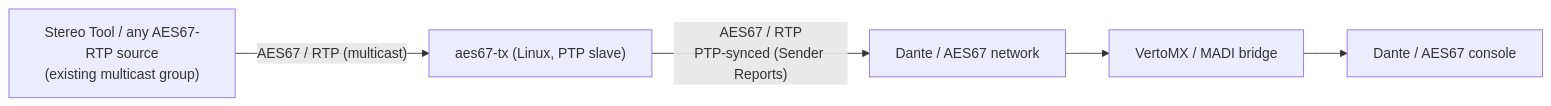
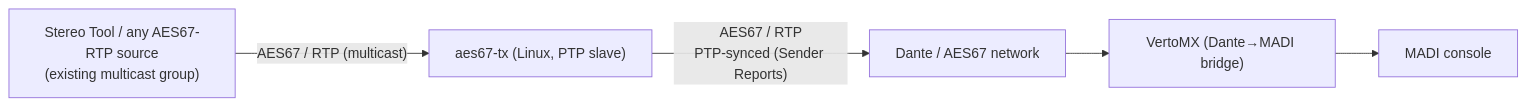
Before and after one commit to HansVanEijsden/aes67-tx: the diagram in README.md, drawn with Mermaid. The commit also changed other lines of this file, not shown here.

Commit message:
README: MADI console in diagram, add CI + license badges

````diff
--- a/README.md
+++ b/README.md
@@ -28,7 +31,7 @@
 ```mermaid
 flowchart LR
     ST["Stereo Tool / any AES67-RTP source<br/>(existing multicast group)"] -->|"AES67 / RTP (multicast)"| TX
     TX["aes67-tx (Linux, PTP slave)"] -->|"AES67 / RTP<br/>PTP-synced (Sender Reports)"| NET["Dante / AES67 network"]
-    NET --> BRIDGE["VertoMX / MADI bridge"]
-    BRIDGE --> CONSOLE["Dante / AES67 console"]
+    NET --> BRIDGE["VertoMX (Dante→MADI bridge)"]
+    BRIDGE --> CONSOLE["MADI console"]
 ```
````
